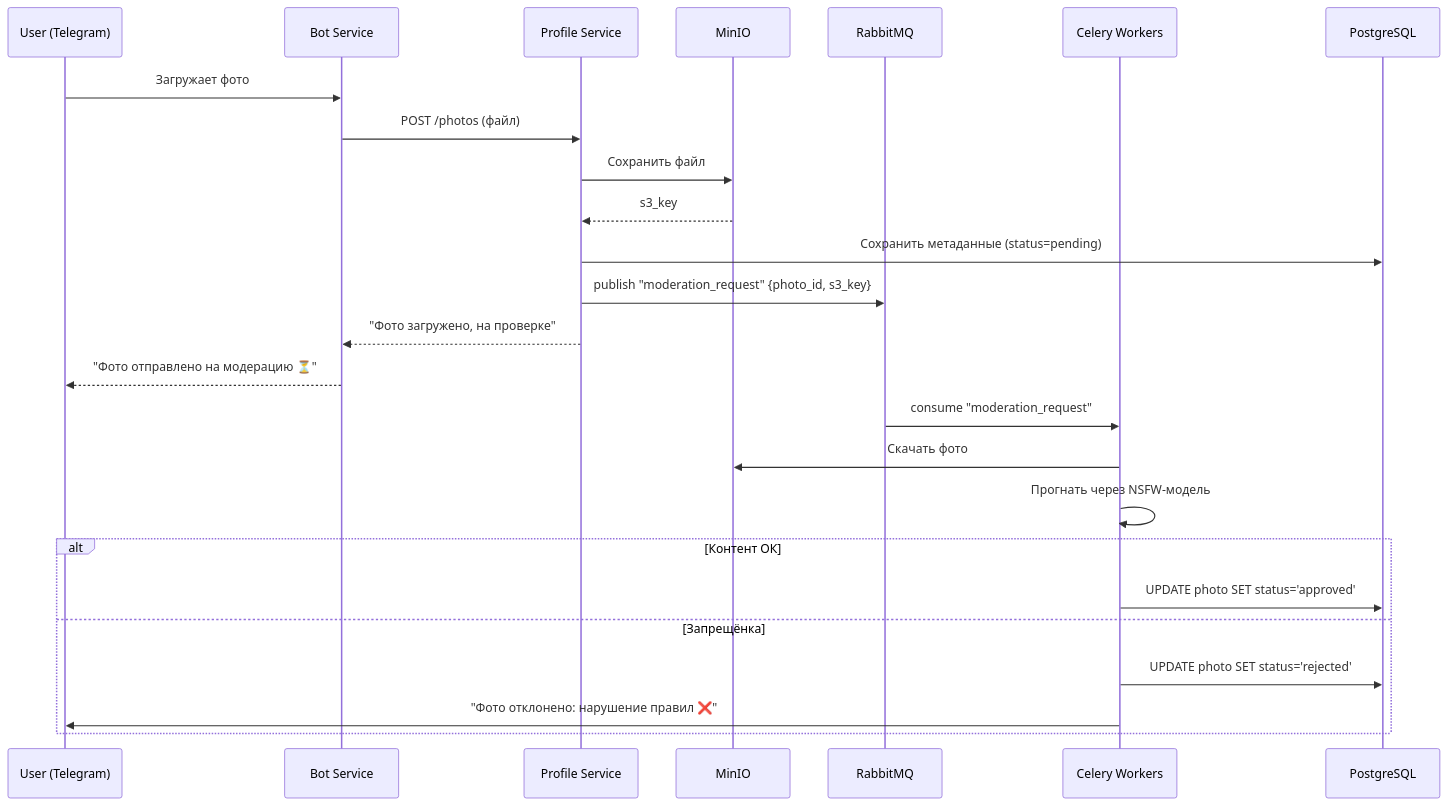
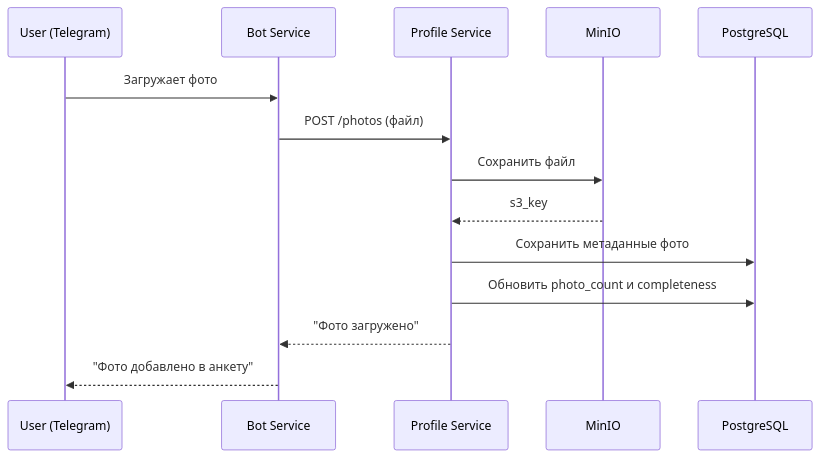
Before and after one commit to Dwots/Dating-bot: the third of 3 diagrams in DOCS/README.md, drawn with Mermaid. The commit also changed other lines of this file and 11 other files, not shown here.

````diff
--- a/DOCS/README.md
+++ b/DOCS/README.md
@@ -157,30 +154,17 @@
 ```mermaid
 sequenceDiagram
     participant U as User (Telegram)
     participant B as Bot Service
     participant P as Profile Service
     participant S3 as MinIO
-    participant MQ as RabbitMQ
-    participant CW as Celery Workers
     participant DB as PostgreSQL
 
     U->>B: Загружает фото
     B->>P: POST /photos (файл)
     P->>S3: Сохранить файл
     S3-->>P: s3_key
-    P->>DB: Сохранить метаданные (status=pending)
-    P->>MQ: publish "moderation_request" {photo_id, s3_key}
-    P-->>B: "Фото загружено, на проверке"
-    B-->>U: "Фото отправлено на модерацию ⏳"
-
-    MQ->>CW: consume "moderation_request"
-    CW->>S3: Скачать фото
-    CW->>CW: Прогнать через NSFW-модель
-    
-    alt Контент ОК
-        CW->>DB: UPDATE photo SET status='approved'
-    else Запрещёнка
-        CW->>DB: UPDATE photo SET status='rejected'
-        CW->>U: "Фото отклонено: нарушение правил ❌"
-    end
+    P->>DB: Сохранить метаданные фото
+    P->>DB: Обновить photo_count и completeness
+    P-->>B: "Фото загружено"
+    B-->>U: "Фото добавлено в анкету"
 ```
````
